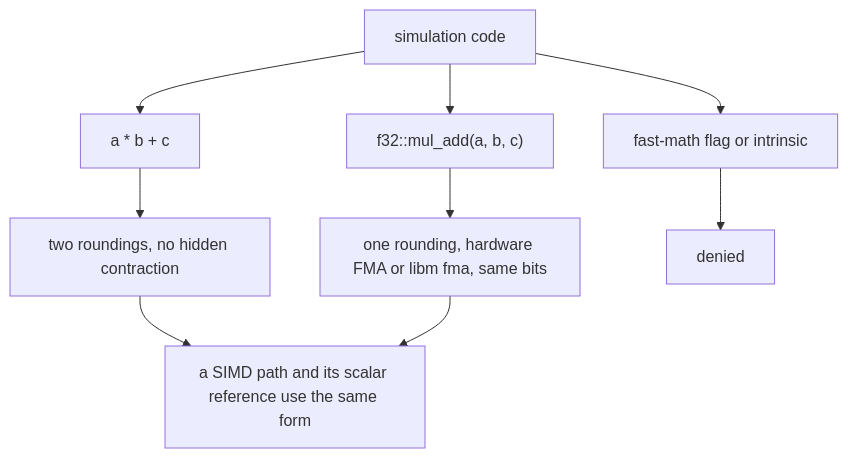
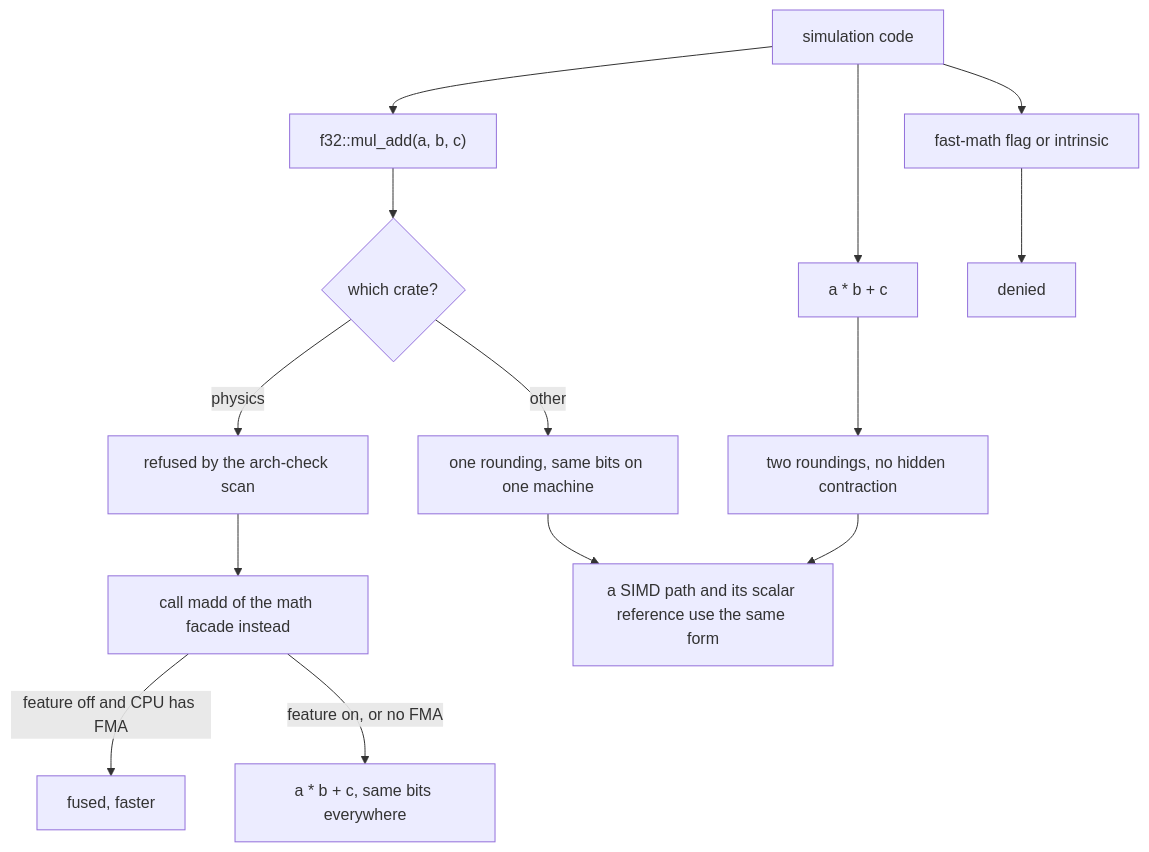
One commit to giamat90/DuckEngine changed the second of 3 diagrams in wiki/architecture/physics.md. Above: the diagram before and after it, drawn with Mermaid. The commit also changed other lines of this file and 14 other files, not shown here.

````diff
--- a/wiki/architecture/physics.md
+++ b/wiki/architecture/physics.md
@@ -61,11 +70,16 @@
 ```mermaid
 flowchart TD
   Src["simulation code"] --> Imp["a * b + c"]
   Src --> Exp["f32::mul_add(a, b, c)"]
   Src --> Fast["fast-math flag or intrinsic"]
   Imp --> Two["two roundings, no hidden contraction"]
-  Exp --> One["one rounding, hardware FMA or libm fma, same bits"]
+  Exp --> Where{"which crate?"}
+  Where -->|"physics"| Refused["refused by the arch-check scan"]
+  Refused --> Fac["call madd of the math facade instead"]
+  Fac -->|"feature off and CPU has FMA"| Fused["fused, faster"]
+  Fac -->|"feature on, or no FMA"| Plain["a * b + c, same bits everywhere"]
+  Where -->|"other"| One["one rounding, same bits on one machine"]
   Fast --> Denied["denied"]
   Two --> Pair["a SIMD path and its scalar reference use the same form"]
   One --> Pair
 ```
````
